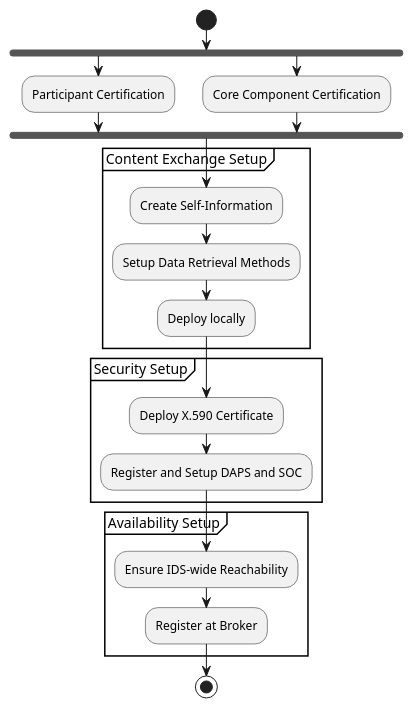
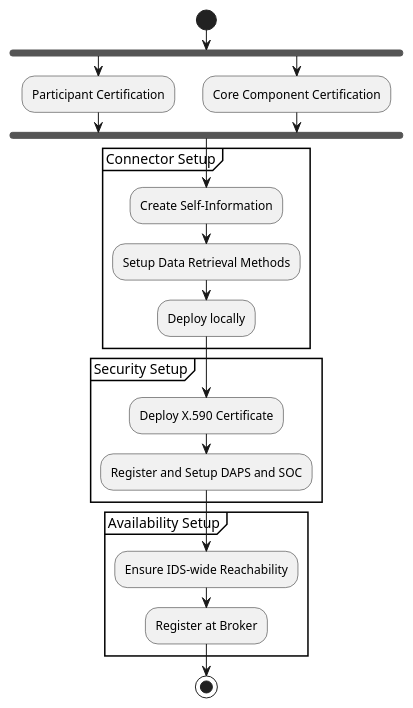
Before and after one commit to IndustrialDataSpace/Documentation: the diagram in stage0_setup.plantuml, drawn with PlantUML.

Commit message:
change section wording

```diff
--- a/stage0_setup.plantuml
+++ b/stage0_setup.plantuml
@@ -1,29 +1,29 @@
 @startuml
 
 start
 
 fork
 :Participant Certification;
 fork again
 :Core Component Certification;
 end fork
 
-partition "Content Exchange Setup" {
+partition "Connector Setup" {
 	:Create Self-Information;
 	:Setup Data Retrieval Methods;
 	:Deploy locally;
 }
 
 partition "Security Setup" {
     :Deploy X.590 Certificate;
     :Register and Setup DAPS and SOC;
 }
 
 partition "Availability Setup" {
     :Ensure IDS-wide Reachability;
     :Register at Broker;
 }
 
 stop
 
 @enduml
```
